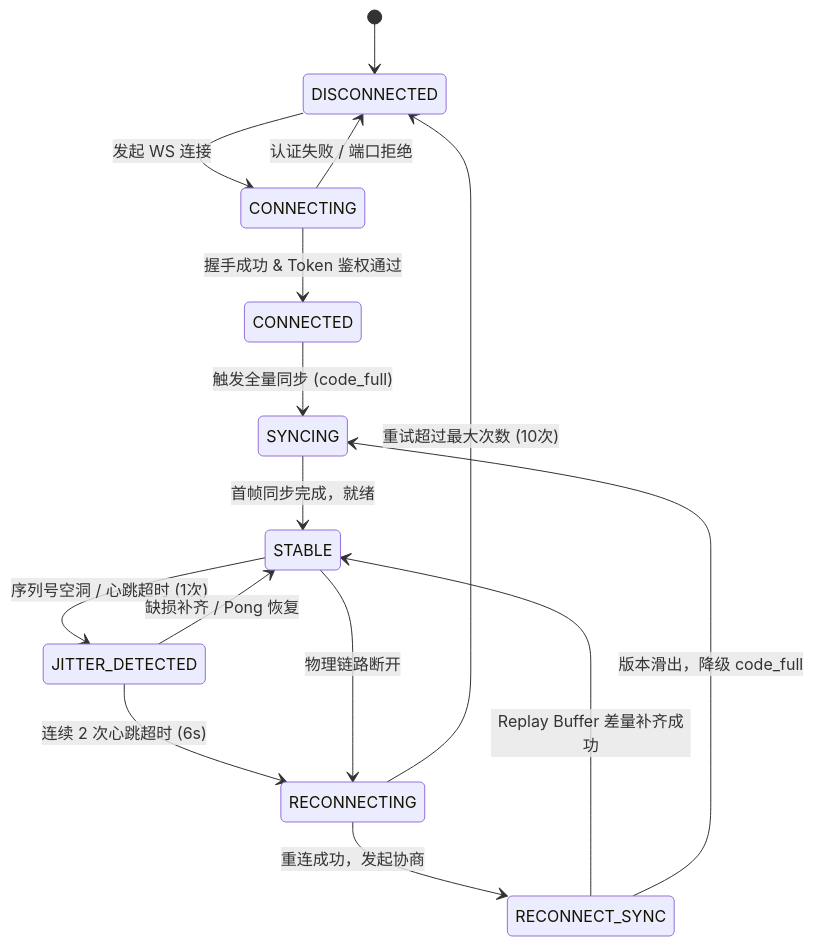
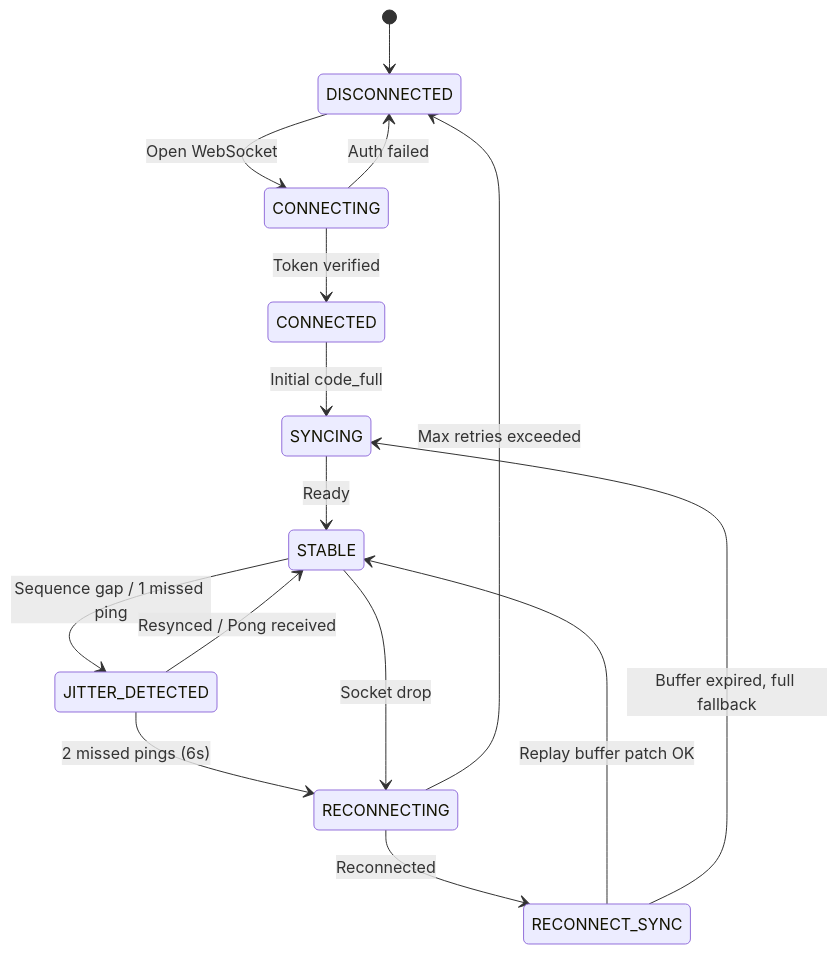
Before and after one commit to josume1625-lgtm/eduplus-collab-plugin: the second of 3 diagrams in docs/EMBEDDED_JETTY_AND_WEBSOCKET_ARCHITECTURE.md, drawn with Mermaid. The commit also changed other lines of this file and 4 other files, not shown here.

````diff
--- a/docs/EMBEDDED_JETTY_AND_WEBSOCKET_ARCHITECTURE.md
+++ b/docs/EMBEDDED_JETTY_AND_WEBSOCKET_ARCHITECTURE.md
@@ -455,21 +292,21 @@
 ```mermaid
 stateDiagram-v2
     [*] --> DISCONNECTED
-    DISCONNECTED --> CONNECTING : 发起 WS 连接
-    CONNECTING --> CONNECTED : 握手成功 & Token 鉴权通过
-    CONNECTING --> DISCONNECTED : 认证失败 / 端口拒绝
+    DISCONNECTED --> CONNECTING : Open WebSocket
+    CONNECTING --> CONNECTED : Token verified
+    CONNECTING --> DISCONNECTED : Auth failed
     
-    CONNECTED --> SYNCING : 触发全量同步 (code_full)
-    SYNCING --> STABLE : 首帧同步完成，就绪
+    CONNECTED --> SYNCING : Initial code_full
+    SYNCING --> STABLE : Ready
     
-    STABLE --> JITTER_DETECTED : 序列号空洞 / 心跳超时 (1次)
-    JITTER_DETECTED --> STABLE : 缺损补齐 / Pong 恢复
+    STABLE --> JITTER_DETECTED : Sequence gap / 1 missed ping
+    JITTER_DETECTED --> STABLE : Resynced / Pong received
     
-    JITTER_DETECTED --> RECONNECTING : 连续 2 次心跳超时 (6s)
-    STABLE --> RECONNECTING : 物理链路断开
+    JITTER_DETECTED --> RECONNECTING : 2 missed pings (6s)
+    STABLE --> RECONNECTING : Socket drop
     
-    RECONNECTING --> RECONNECT_SYNC : 重连成功，发起协商
-    RECONNECT_SYNC --> STABLE : Replay Buffer 差量补齐成功
-    RECONNECT_SYNC --> SYNCING : 版本滑出，降级 code_full
-    RECONNECTING --> DISCONNECTED : 重试超过最大次数 (10次)
+    RECONNECTING --> RECONNECT_SYNC : Reconnected
+    RECONNECT_SYNC --> STABLE : Replay buffer patch OK
+    RECONNECT_SYNC --> SYNCING : Buffer expired, full fallback
+    RECONNECTING --> DISCONNECTED : Max retries exceeded
 ```
````
